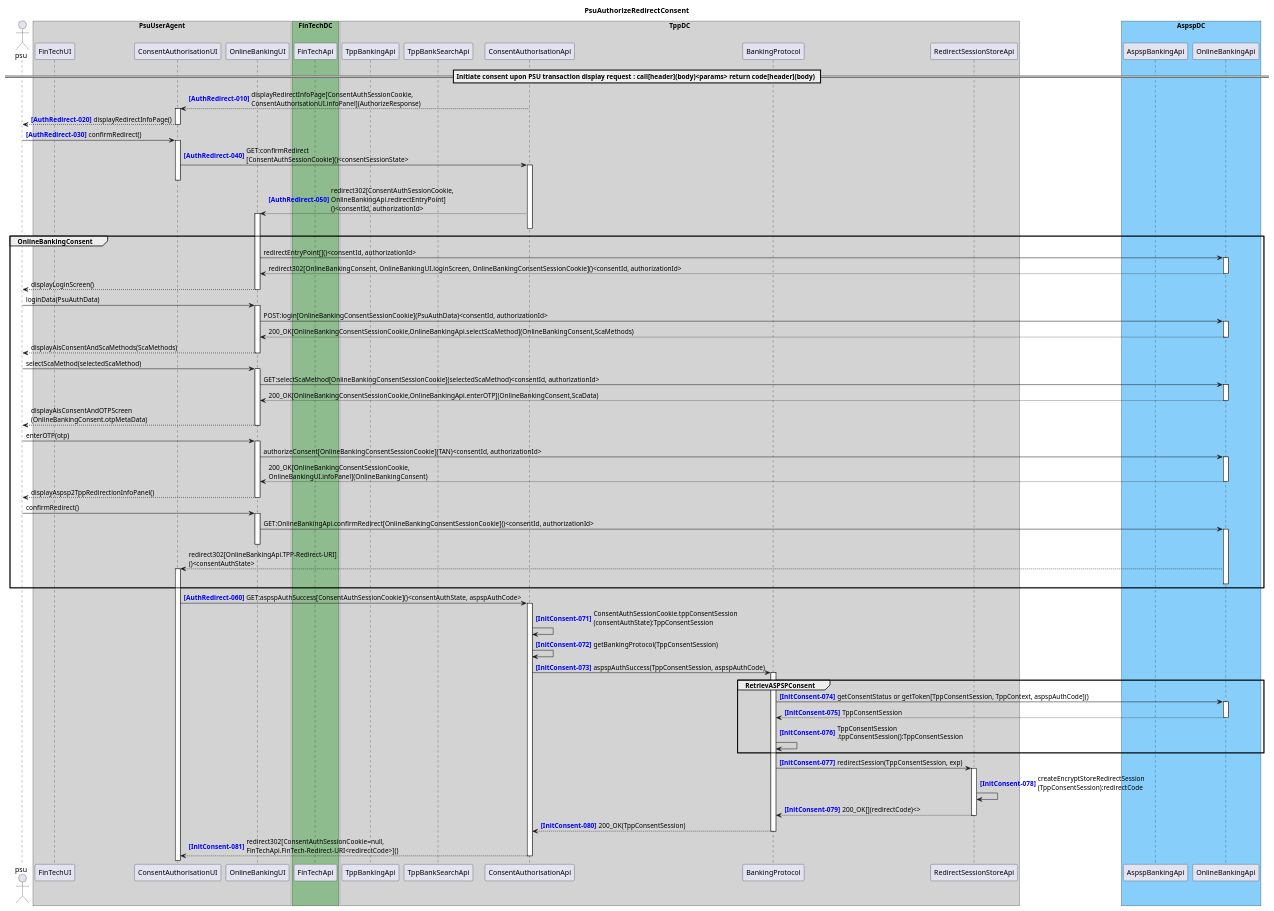
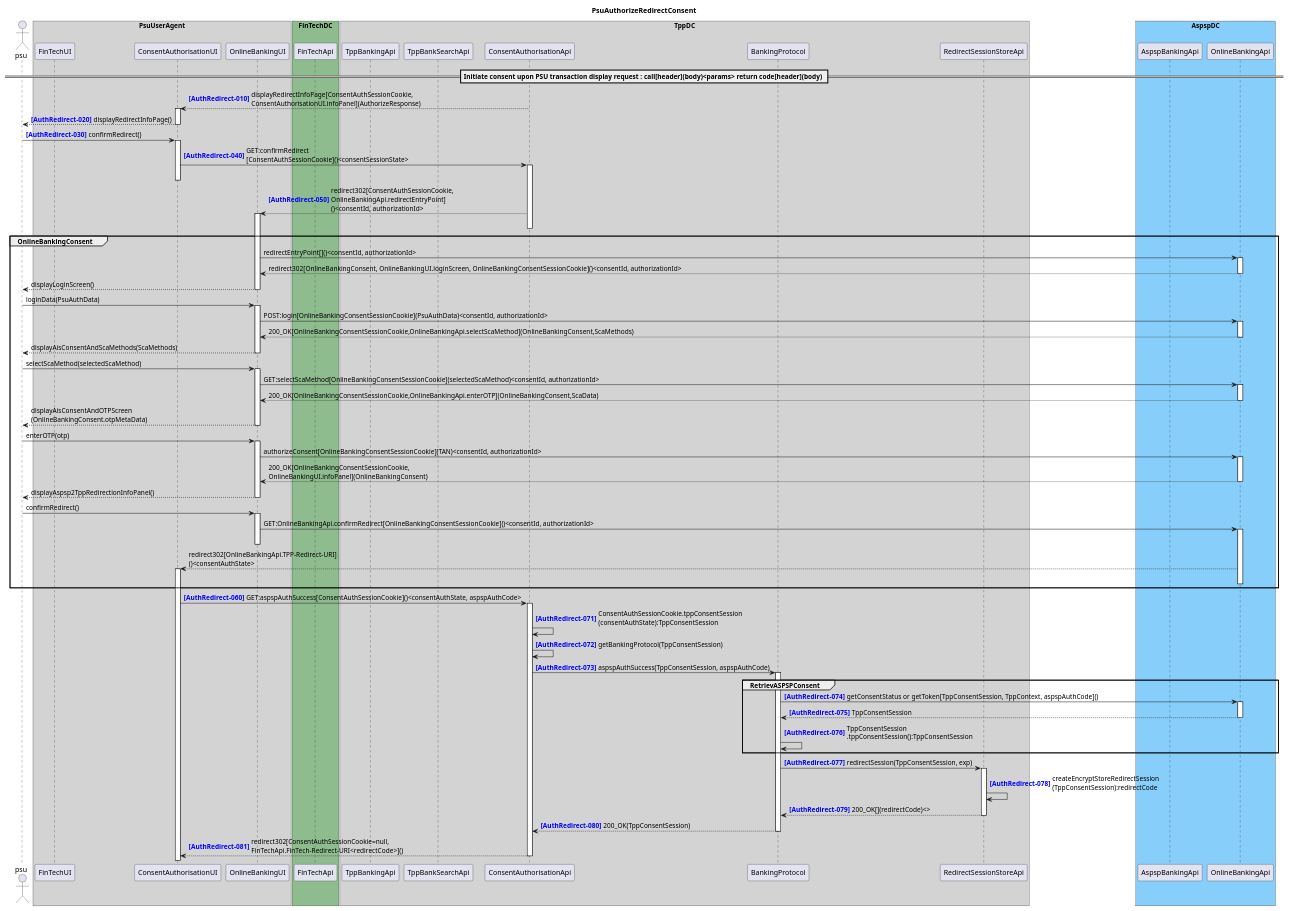
The diagram in docs/architecture/diagrams/useCases/5b-psuAuthRedirectConsent.puml (adorsys/open-banking-gateway), drawn with PlantUML before and after one commit.

Commit message:
Fixed numbering

```diff
--- a/docs/architecture/diagrams/useCases/5b-psuAuthRedirectConsent.puml
+++ b/docs/architecture/diagrams/useCases/5b-psuAuthRedirectConsent.puml
@@ -1,79 +1,79 @@
 @startuml PsuAuthorizeRedirectConsent
 title PsuAuthorizeRedirectConsent
 autonumber 10 10 "<b><color blue>[AuthRedirect-000]</color></b>"
 actor psu
 
 box "PsuUserAgent" #LightGray
     participant "FinTechUI" as FinTechUI
     participant "ConsentAuthorisationUI" as ConsentAuthorisationUI
     participant "OnlineBankingUI" as OnlineBankingUI
 end box
 box "FinTechDC" #DarkSeaGreen
     participant "FinTechApi" as FinTechApi
 end box
 box "TppDC" #LightGray
     participant "TppBankingApi" as TppBankingApi
     participant "TppBankSearchApi" as TppBankSearchApi
     participant "ConsentAuthorisationApi" as ConsentAuthorisationApi
 
     participant "BankingProtocol" as BankingProtocol
     participant "RedirectSessionStoreApi" as RedirectSessionStoreApi
 end box
 box "AspspDC" #LightSkyBlue
 	participant "AspspBankingApi" as AspspBankingApi
     participant "OnlineBankingApi" as OnlineBankingApi
 end box
 
 == Initiate consent upon PSU transaction display request : call[header](body)<params> return code[header](body) ==
 
 ConsentAuthorisationApi --> ConsentAuthorisationUI ++ : displayRedirectInfoPage[ConsentAuthSessionCookie,\nConsentAuthorisationUI.infoPanel](AuthorizeResponse)
 ConsentAuthorisationUI --> psu : displayRedirectInfoPage()
 deactivate ConsentAuthorisationUI
 psu -> ConsentAuthorisationUI ++ : confirmRedirect()
 ConsentAuthorisationUI -> ConsentAuthorisationApi ++ : GET:confirmRedirect\n[ConsentAuthSessionCookie]()<consentSessionState>
 deactivate ConsentAuthorisationUI
 ConsentAuthorisationApi --> OnlineBankingUI ++ : redirect302[ConsentAuthSessionCookie,\nOnlineBankingApi.redirectEntryPoint]\n()<consentId, authorizationId>
 deactivate ConsentAuthorisationApi
 autonumber stop
 group OnlineBankingConsent
     OnlineBankingUI -> OnlineBankingApi ++ : redirectEntryPoint[]()<consentId, authorizationId>
     return redirect302[OnlineBankingConsent, OnlineBankingUI.loginScreen, OnlineBankingConsentSessionCookie]()<consentId, authorizationId>
     OnlineBankingUI --> psu : displayLoginScreen()
     deactivate OnlineBankingUI
     psu -> OnlineBankingUI ++ : loginData(PsuAuthData)
     OnlineBankingUI -> OnlineBankingApi ++ : POST:login[OnlineBankingConsentSessionCookie](PsuAuthData)<consentId, authorizationId> 
     return 200_OK[OnlineBankingConsentSessionCookie,OnlineBankingApi.selectScaMethod](OnlineBankingConsent,ScaMethods)
     return displayAisConsentAndScaMethods(ScaMethods)
     psu -> OnlineBankingUI ++ : selectScaMethod(selectedScaMethod)
     OnlineBankingUI -> OnlineBankingApi ++ : GET:selectScaMethod[OnlineBankingConsentSessionCookie](selectedScaMethod)<consentId, authorizationId> 
     return 200_OK[OnlineBankingConsentSessionCookie,OnlineBankingApi.enterOTP](OnlineBankingConsent,ScaData)
     return displayAisConsentAndOTPScreen\n(OnlineBankingConsent.otpMetaData)
     psu -> OnlineBankingUI ++ : enterOTP(otp)
     OnlineBankingUI -> OnlineBankingApi ++ : authorizeConsent[OnlineBankingConsentSessionCookie](TAN)<consentId, authorizationId> 
     return 200_OK[OnlineBankingConsentSessionCookie,\nOnlineBankingUI.infoPanel](OnlineBankingConsent)
     OnlineBankingUI --> psu : displayAspsp2TppRedirectionInfoPanel()
     deactivate OnlineBankingUI
     psu -> OnlineBankingUI ++ : confirmRedirect()
     OnlineBankingUI -> OnlineBankingApi ++ : GET:OnlineBankingApi.confirmRedirect[OnlineBankingConsentSessionCookie]()<consentId, authorizationId>
     deactivate OnlineBankingUI
     OnlineBankingApi --> ConsentAuthorisationUI ++ : redirect302[OnlineBankingApi.TPP-Redirect-URI]\n()<consentAuthState>
     deactivate OnlineBankingApi
 end
 autonumber resume
 activate ConsentAuthorisationUI
 ConsentAuthorisationUI -> ConsentAuthorisationApi ++ : GET:aspspAuthSuccess[ConsentAuthSessionCookie]()<consentAuthState, aspspAuthCode>
-autonumber 71 1 "<b><color blue>[InitConsent-000]"
+autonumber 71 1 "<b><color blue>[AuthRedirect-000]"
 ConsentAuthorisationApi -> ConsentAuthorisationApi : ConsentAuthSessionCookie.tppConsentSession\n(consentAuthState):TppConsentSession
 ConsentAuthorisationApi -> ConsentAuthorisationApi : getBankingProtocol(TppConsentSession)
 ConsentAuthorisationApi -> BankingProtocol ++ : aspspAuthSuccess(TppConsentSession, aspspAuthCode)
 group RetrievASPSPConsent
 BankingProtocol -> OnlineBankingApi ++ : getConsentStatus or getToken[TppConsentSession, TppContext, aspspAuthCode]()
 return TppConsentSession
 BankingProtocol -> BankingProtocol : TppConsentSession\n.tppConsentSession():TppConsentSession
 end
 BankingProtocol -> RedirectSessionStoreApi ++ : redirectSession(TppConsentSession, exp)
 RedirectSessionStoreApi -> RedirectSessionStoreApi : createEncryptStoreRedirectSession\n(TppConsentSession):redirectCode
 return 200_OK[](redirectCode)<>
 return 200_OK(TppConsentSession)
 return redirect302[ConsentAuthSessionCookie=null,\nFinTechApi.FinTech-Redirect-URI<redirectCode>]()
 @enduml
```
